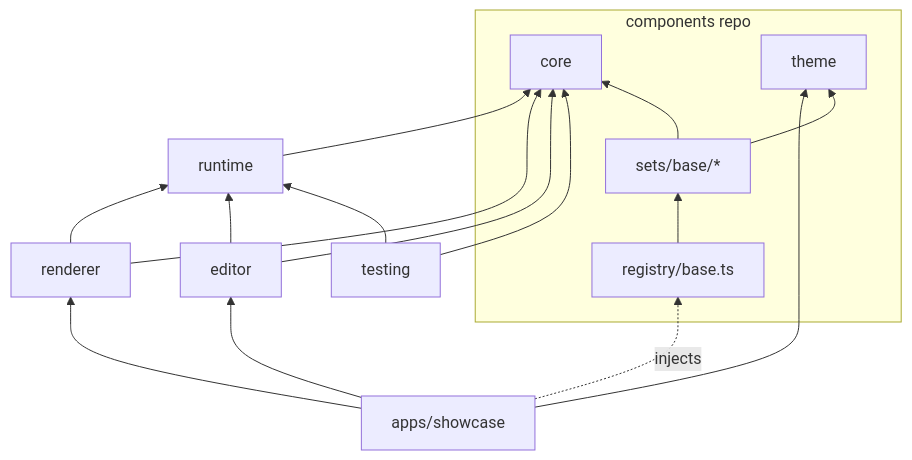
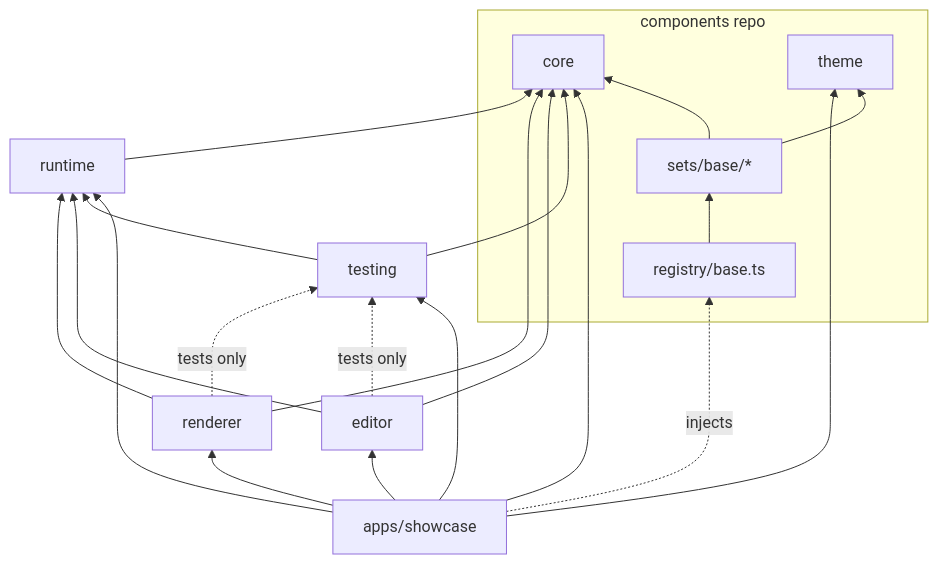
One commit to aggressive-stag/yadad changed the first of 7 diagrams in ARCHITECTURE.md. Above: the diagram before and after it, drawn with Mermaid. The commit also changed other lines of this file and 11 other files, not shown here.

First line of the commit message:
docs: architecture, data-flow and security diagrams for the engine

````diff
--- a/ARCHITECTURE.md
+++ b/ARCHITECTURE.md
@@ -66,21 +68,26 @@
 ```mermaid
 flowchart BT
   core[core]
   runtime[runtime] --> core
   renderer[renderer] --> core
   renderer --> runtime
   editor[editor] --> core
   editor --> runtime
   testing[testing] --> core
   testing --> runtime
   theme[theme]
+  renderer -. tests only .-> testing
+  editor -. tests only .-> testing
   showcase[apps/showcase] --> renderer
   showcase --> editor
+  showcase --> runtime
+  showcase --> core
   showcase --> theme
+  showcase --> testing
   showcase -. injects .-> reg
   subgraph comp["components repo"]
     reg[registry/base.ts] --> sets[sets/base/*]
     sets --> core
     sets --> theme
   end
 ```
````
